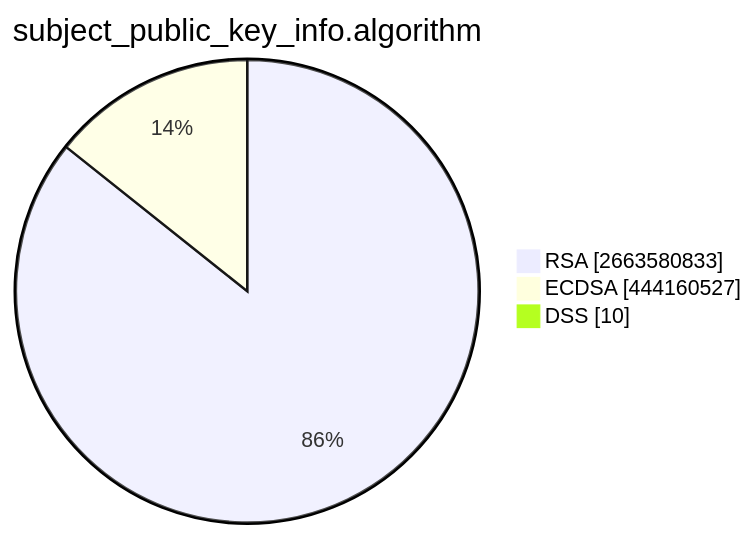
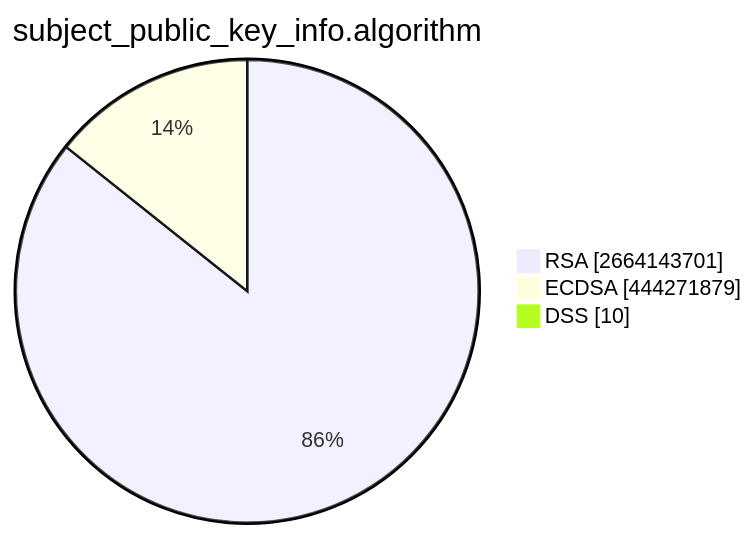
Before and after one commit to christiankrug/ctmonitor_visualization: the second of 15 diagrams in TOTAL/README.md, drawn with Mermaid. The commit also changed other lines of this file, not shown here.

````diff
--- a/TOTAL/README.md
+++ b/TOTAL/README.md
@@ -6,7 +6,7 @@
 ```mermaid
 pie showData
 title subject_public_key_info.algorithm
-"RSA" :2663580833
-"ECDSA" :444160527
+"RSA" :2664143701
+"ECDSA" :444271879
 "DSS" :10
 ```
````
